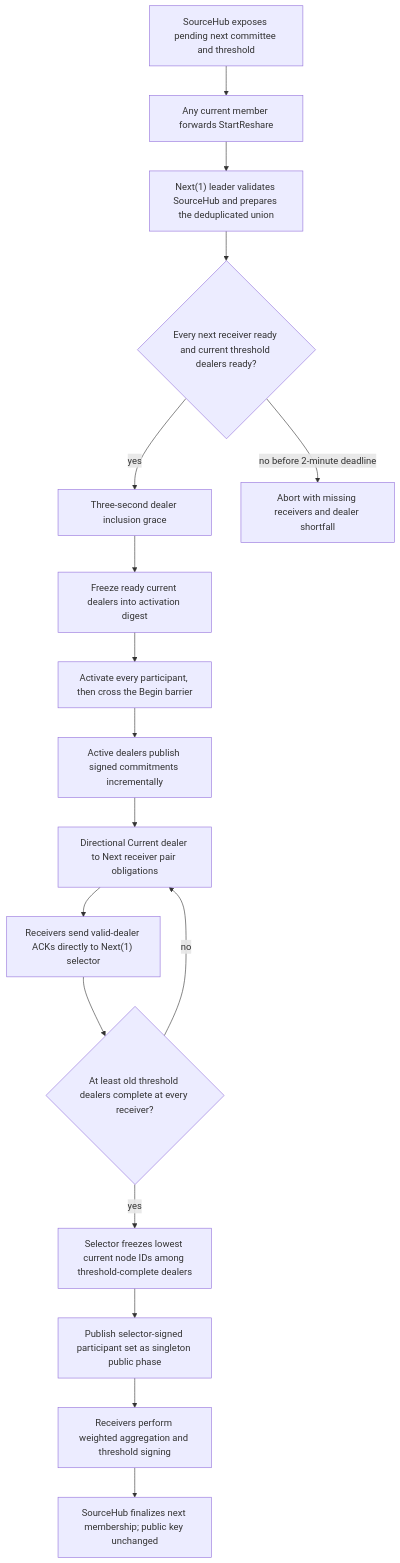
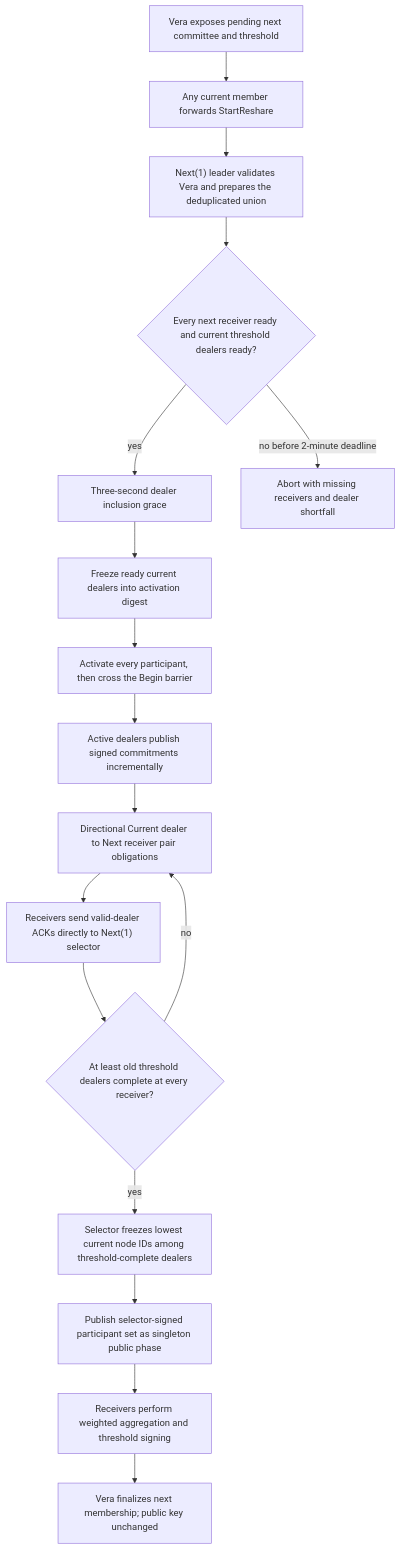
The eighth of 10 diagrams in bin/orbis-node/src/dkg/README.md (sourcenetwork/orbis-rs), drawn with Mermaid before and after one commit. The commit also changed other lines of this file and 106 other files, not shown here.

````diff
--- a/bin/orbis-node/src/dkg/README.md
+++ b/bin/orbis-node/src/dkg/README.md
@@ -744,24 +744,24 @@
 ```mermaid
 flowchart TD
-  Pending["SourceHub exposes pending next committee and threshold"]
+  Pending["Vera exposes pending next committee and threshold"]
   Forward["Any current member forwards StartReshare"]
-  Prepare["Next(1) leader validates SourceHub and prepares the deduplicated union"]
+  Prepare["Next(1) leader validates Vera and prepares the deduplicated union"]
   Ready{"Every next receiver ready and current threshold dealers ready?"}
   Grace["Three-second dealer inclusion grace"]
   Freeze["Freeze ready current dealers into activation digest"]
   Start["Activate every participant, then cross the Begin barrier"]
   Commit["Active dealers publish signed commitments incrementally"]
   Shares["Directional Current dealer to Next receiver pair obligations"]
   Ack["Receivers send valid-dealer ACKs directly to Next(1) selector"]
   Complete{"At least old threshold dealers complete at every receiver?"}
   Select["Selector freezes lowest current node IDs among threshold-complete dealers"]
   Publish["Publish selector-signed participant set as singleton public phase"]
   Aggregate["Receivers perform weighted aggregation and threshold signing"]
-  Finalize["SourceHub finalizes next membership; public key unchanged"]
+  Finalize["Vera finalizes next membership; public key unchanged"]
 
   Pending --> Forward --> Prepare --> Ready
   Ready -->|"no before 2-minute deadline"| Abort["Abort with missing receivers and dealer shortfall"]
   Ready -->|"yes"| Grace --> Freeze --> Start --> Commit --> Shares --> Ack --> Complete
   Complete -->|"no"| Shares
   Complete -->|"yes"| Select --> Publish --> Aggregate --> Finalize
 ```
````
